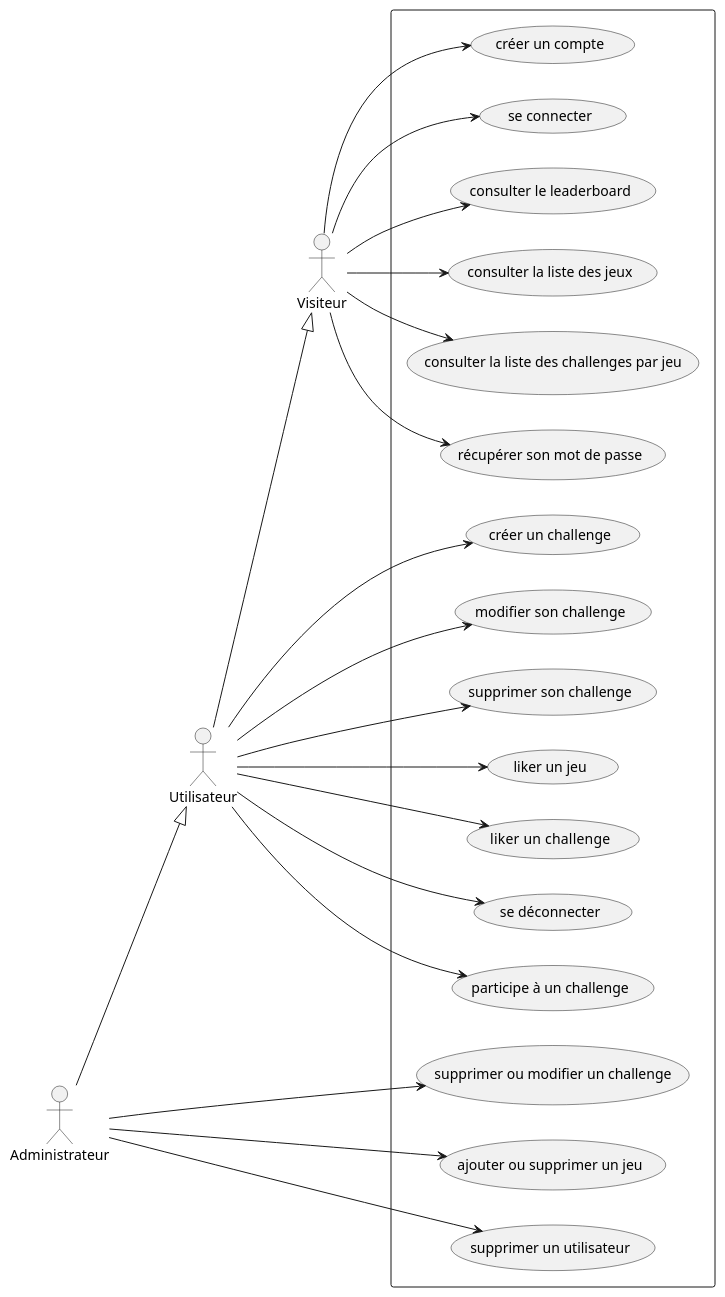
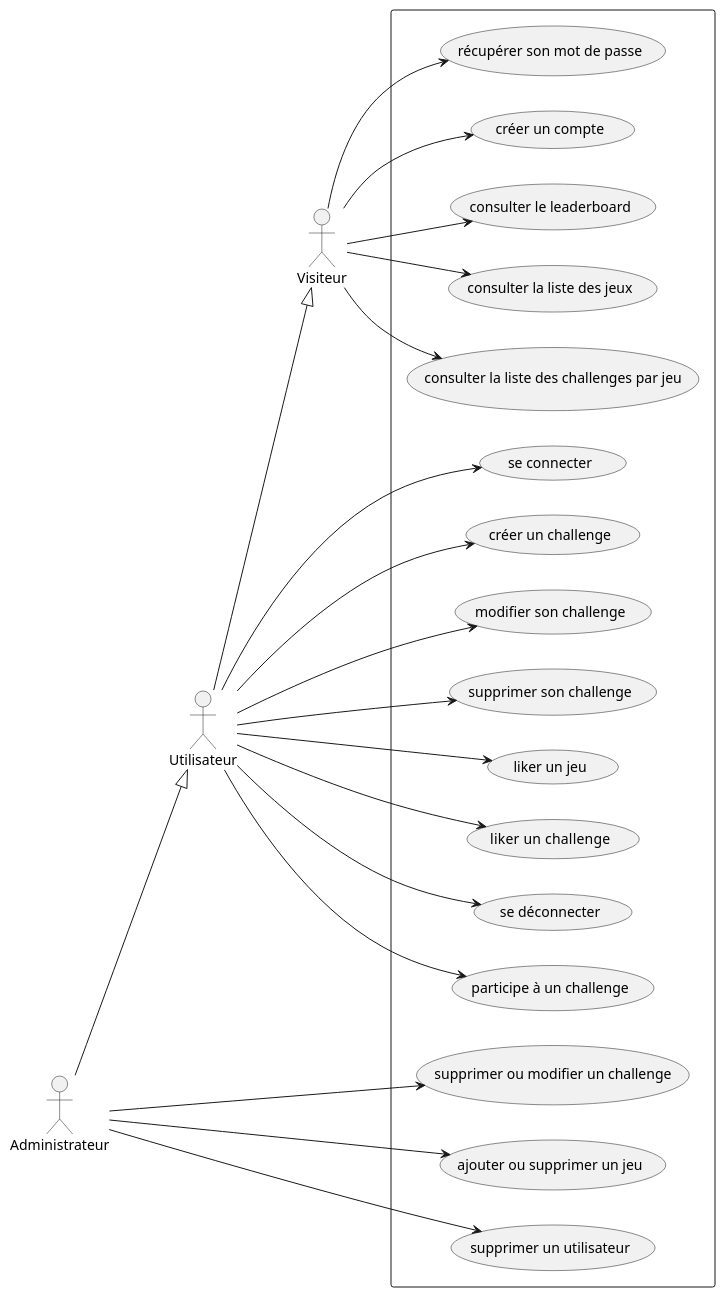
One commit to lesliebigot/game-challenge-platform changed the diagram in Conception/UseCases/UseCases.puml. Above: the diagram before and after it, drawn with PlantUML. The commit also changed 13 other files, not shown here.

Commit message:
FIX : diag sequence + MLD + arborescence

```diff
--- a/Conception/UseCases/UseCases.puml
+++ b/Conception/UseCases/UseCases.puml
@@ -1,47 +1,47 @@
 @startuml
 left to right direction
 :Utilisateur:
 :Visiteur:
 :Administrateur:
 
 Utilisateur --|> Visiteur
 Administrateur --|> Utilisateur
 
 rectangle {
 (créer un compte)
 (se connecter)
 (consulter le leaderboard)
 (consulter la liste des jeux)
 (consulter la liste des challenges par jeu)
 (récupérer son mot de passe)
 (créer un challenge)
 (modifier son challenge)
 (supprimer son challenge)
 (liker un jeu)
 (liker un  challenge)
 (se déconnecter)
 (participe à un challenge)
 (supprimer ou modifier un challenge)
 (ajouter ou supprimer un jeu)
 (supprimer un utilisateur)
 }
 
 Visiteur-->(créer un compte)
-Visiteur-->(se connecter)
+Utilisateur-->(se connecter)
 Visiteur-->(consulter le leaderboard)
 Visiteur-->(consulter la liste des jeux)
 Visiteur-->(consulter la liste des challenges par jeu)
 Visiteur-->(récupérer son mot de passe)
 Utilisateur-->(se déconnecter)
 Utilisateur-->(créer un challenge)
 Utilisateur-->(modifier son challenge)
 Utilisateur-->(supprimer son challenge)
 Utilisateur-->(liker un jeu)
 Utilisateur-->(liker un  challenge)
 Utilisateur-->(participe à un challenge)
 Administrateur-->(supprimer ou modifier un challenge)
 Administrateur-->(ajouter ou supprimer un jeu)
 Administrateur-->(supprimer un utilisateur)
 
 
 @enduml
```
